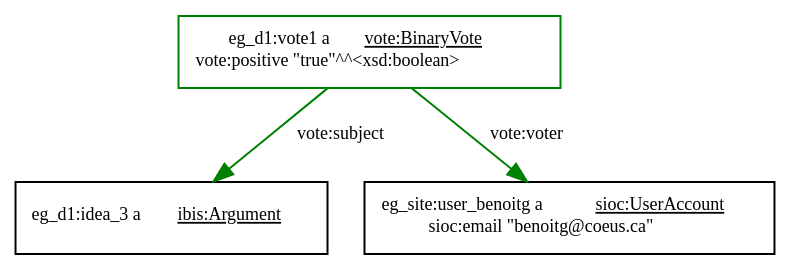
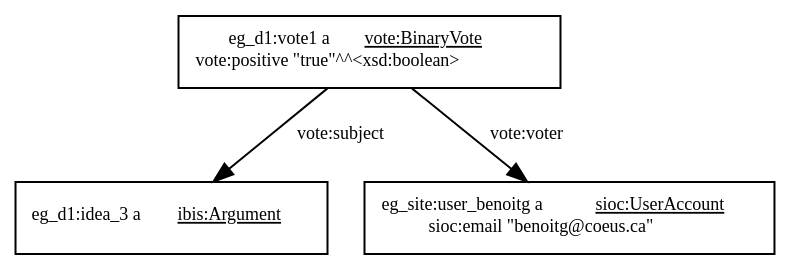
Before and after one commit to catalyst-fp7/documents: diagram 13 of 16 in interoperability/interoperability.md, drawn with Graphviz. The commit also changed other lines of this file, not shown here.

Commit message:
some diagram changes

````diff
--- a/interoperability/interoperability.md
+++ b/interoperability/interoperability.md
@@ -636,18 +665,18 @@
 ```graphviz
 digraph g {
     graph [bgcolor="transparent", rankdir="TB", compound="true"];
     node [fillcolor=white, style=filled,  shape=record, fontsize=9];
     edge [fontsize=9];
     idea3 [label=<eg_d1:idea_3 a <U>ibis:Argument</U>>];
     user2 [label=<<table border='0' cellborder='0' cellpadding='0' cellspacing='0'>
         <tr><td>eg_site:user_benoitg a <U>sioc:UserAccount</U></td></tr>
         <tr><td>sioc:email "benoitg@coeus.ca"</td></tr>
         </table>>];
     vote1 [label=<<table border='0' cellborder='0' cellpadding='0' cellspacing='0'>
         <tr><td>eg_d1:vote1 a <U>vote:BinaryVote</U></td></tr>
         <tr><td>vote:positive "true"^^&lt;xsd:boolean&gt;</td></tr>
-    </table>>, color="green"];
-    vote1->idea3 [label="vote:subject", color="green"];
-    vote1->user2 [label="vote:voter", color="green"];
+    </table>>];
+    vote1->idea3 [label="vote:subject"];
+    vote1->user2 [label="vote:voter"];
 }
 ```
````
